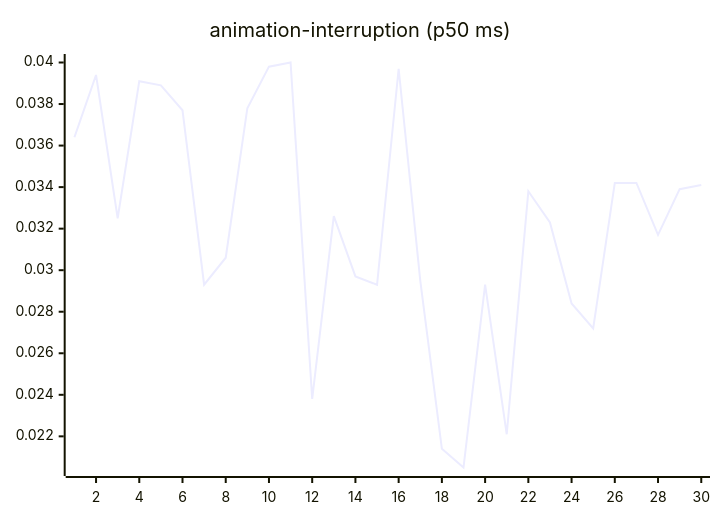
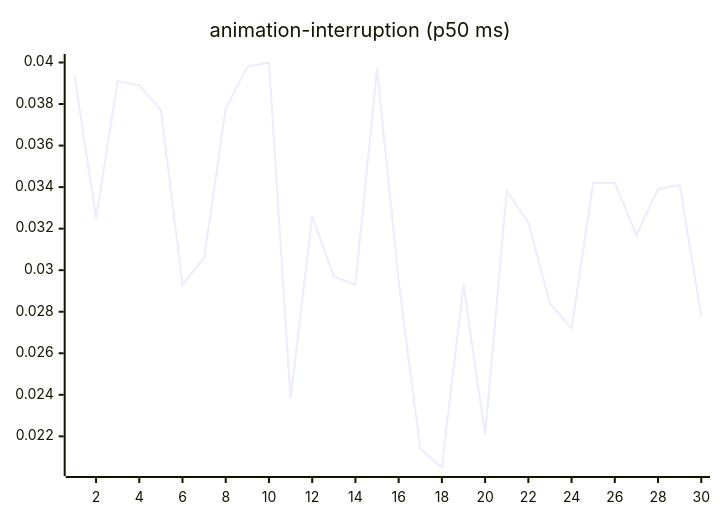
The third of 27 diagrams in README.md (josha/Facet), drawn with Mermaid before and after one commit. The commit also changed other lines of this file and 2 other files, not shown here.

````diff
--- a/README.md
+++ b/README.md
@@ -77,6 +77,6 @@
 ```mermaid
 xychart-beta
     title "animation-interruption (p50 ms)"
     x-axis 1 --> 30
-    line [0.0364, 0.0394, 0.0325, 0.0391, 0.0389, 0.0377, 0.0293, 0.0306, 0.0378, 0.0398, 0.0400, 0.0238, 0.0326, 0.0297, 0.0293, 0.0397, 0.0295, 0.0214, 0.0205, 0.0293, 0.0221, 0.0338, 0.0323, 0.0284, 0.0272, 0.0342, 0.0342, 0.0317, 0.0339, 0.0341]
+    line [0.0394, 0.0325, 0.0391, 0.0389, 0.0377, 0.0293, 0.0306, 0.0378, 0.0398, 0.0400, 0.0238, 0.0326, 0.0297, 0.0293, 0.0397, 0.0295, 0.0214, 0.0205, 0.0293, 0.0221, 0.0338, 0.0323, 0.0284, 0.0272, 0.0342, 0.0342, 0.0317, 0.0339, 0.0341, 0.0278]
 ```
````
